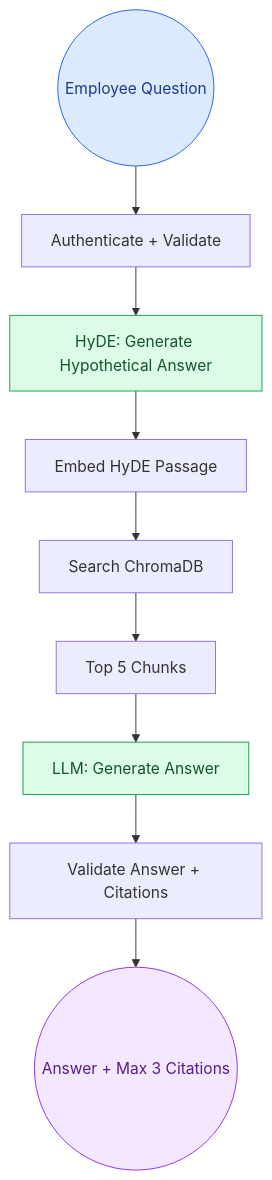
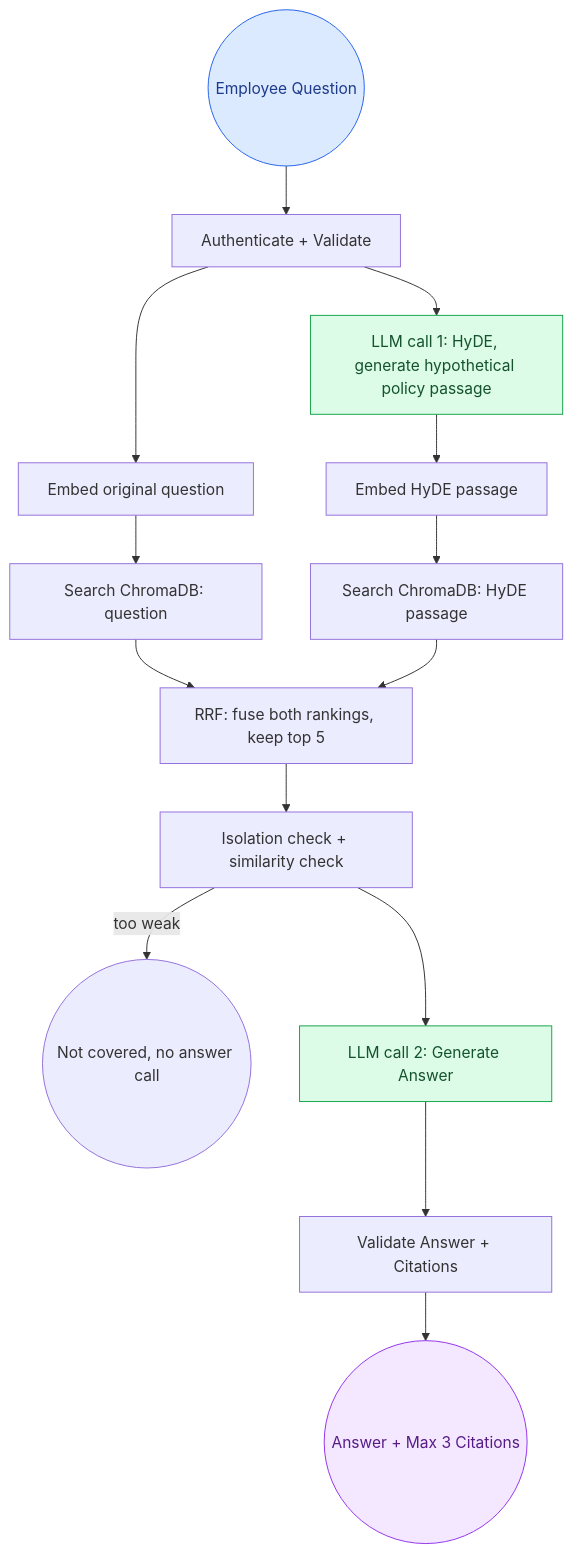
One commit to Diksha-007/Commute_policy_agent changed the third of 3 diagrams in README.md. Above: the diagram before and after it, drawn with Mermaid. The commit also changed other lines of this file, not shown here.

Commit message:
Enhance README with metric definitions and flowchart updates
Added definitions for metrics and updated flowchart for answer generation process.

````diff
--- a/README.md
+++ b/README.md
@@ -295,16 +297,21 @@
 ```mermaid
 flowchart TD
     A((Employee Question)) --> B[Authenticate + Validate]
-    B --> C[HyDE: Generate Hypothetical Answer]
-    C --> D[Embed HyDE Passage]
-    D --> E[Search ChromaDB]
-    E --> F[Top 5 Chunks]
-    F --> G[LLM: Generate Answer]
+    B --> C[LLM call 1: HyDE, generate hypothetical policy passage]
+    B --> D1[Embed original question]
+    C --> D2[Embed HyDE passage]
+    D1 --> E1[Search ChromaDB: question]
+    D2 --> E2[Search ChromaDB: HyDE passage]
+    E1 --> R[RRF: fuse both rankings, keep top 5]
+    E2 --> R
+    R --> S[Isolation check + similarity check]
+    S -->|too weak| N((Not covered, no answer call))
+    S --> G[LLM call 2: Generate Answer]
     G --> H[Validate Answer + Citations]
     H --> I((Answer + Max 3 Citations))
 
     style A fill:#dbeafe,stroke:#2563eb,color:#1e3a8a
     style C fill:#dcfce7,stroke:#16a34a,color:#14532d
     style G fill:#dcfce7,stroke:#16a34a,color:#14532d
     style I fill:#f3e8ff,stroke:#9333ea,color:#581c87
 ```
````
